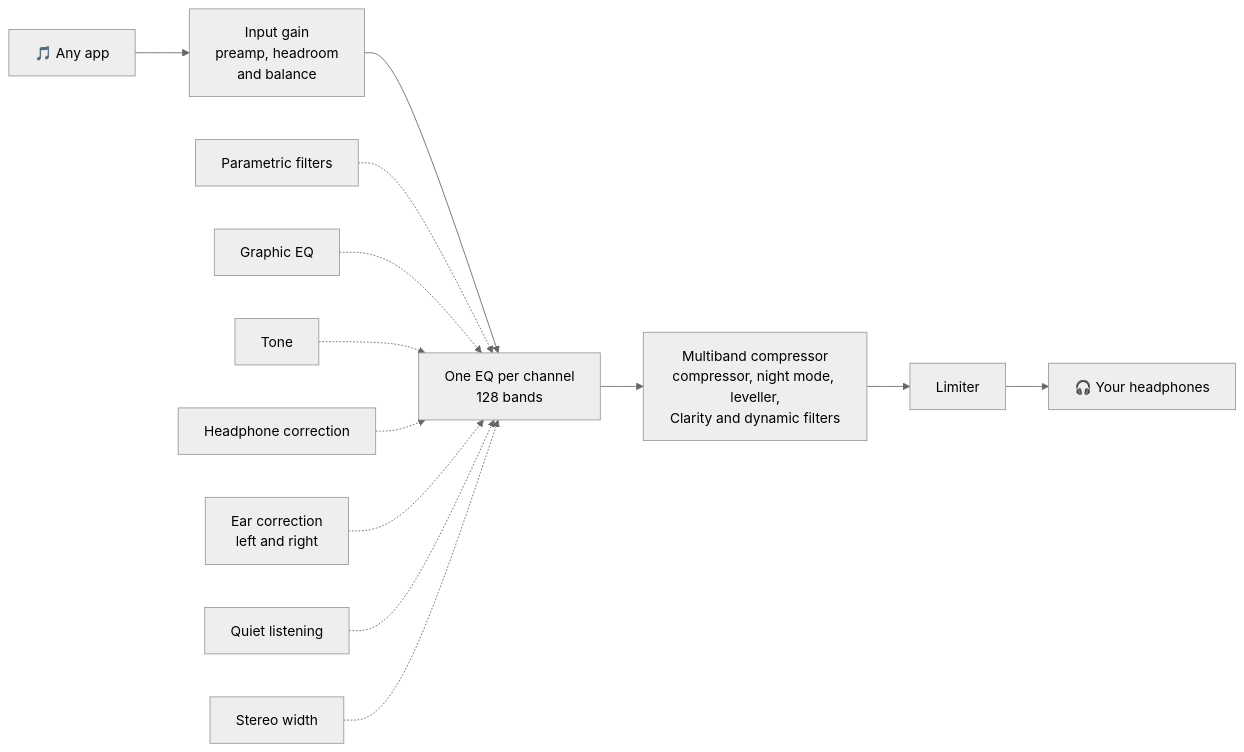
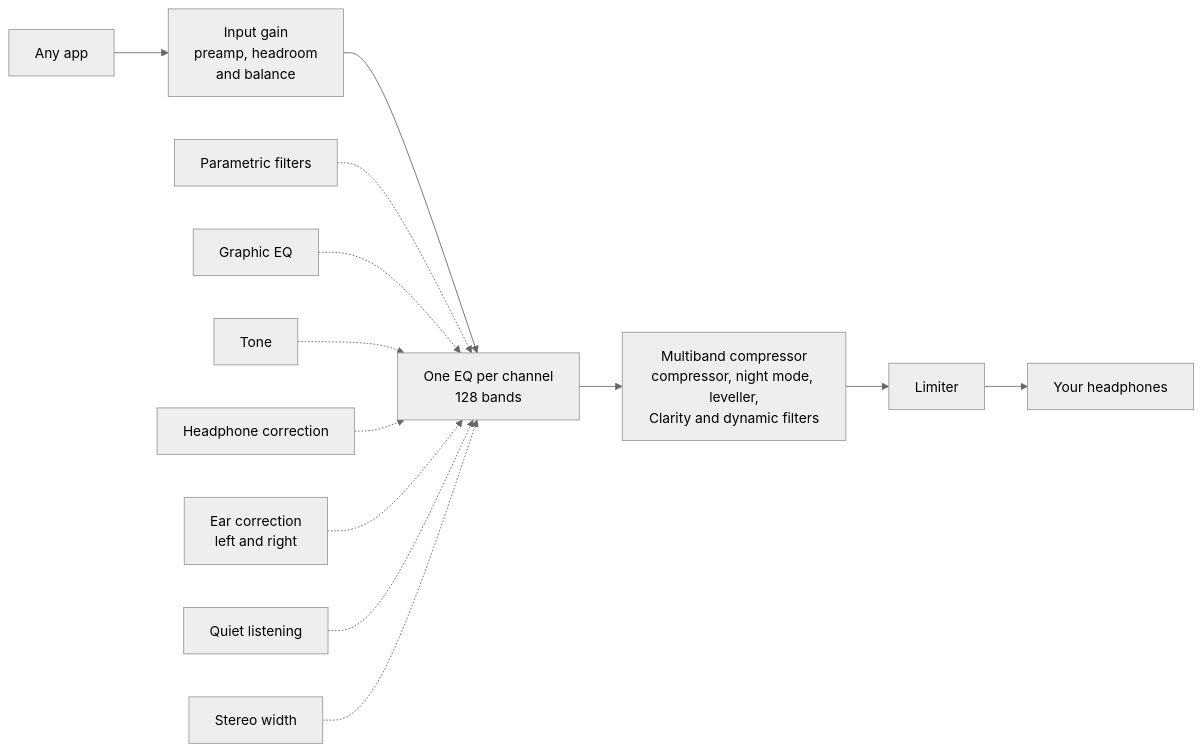
The diagram in docs/HOW-IT-WORKS.md (Dragjon/eigentone), drawn with Mermaid (neutral theme) before and after one commit. The commit also changed 2 other files, not shown here.

Commit message:
Drop the emojis from the docs

````diff
--- a/docs/HOW-IT-WORKS.md
+++ b/docs/HOW-IT-WORKS.md
@@ -13,16 +13,16 @@
 ```mermaid
 flowchart LR
-    A["🎵 Any app"] --> B["Input gain<br/>preamp, headroom<br/>and balance"]
+    A["Any app"] --> B["Input gain<br/>preamp, headroom<br/>and balance"]
     B --> C["One EQ per channel<br/>128 bands"]
     C --> D["Multiband compressor<br/>compressor, night mode, leveller,<br/>Clarity and dynamic filters"]
     D --> E["Limiter"]
-    E --> F["🎧 Your headphones"]
+    E --> F["Your headphones"]
 
     P["Parametric filters"] -.-> C
     G["Graphic EQ"] -.-> C
     T["Tone"] -.-> C
     H["Headphone correction"] -.-> C
     R["Ear correction<br/>left and right"] -.-> C
     L["Quiet listening"] -.-> C
     W["Stereo width"] -.-> C
 ```
````
